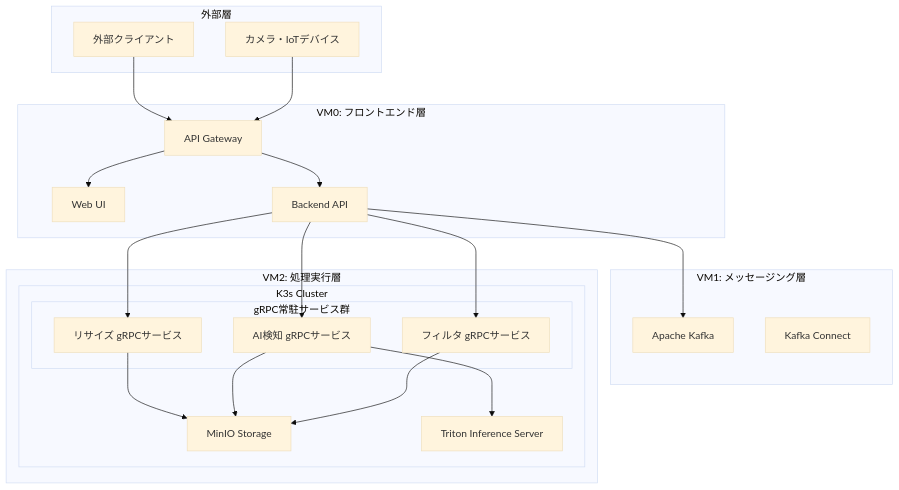
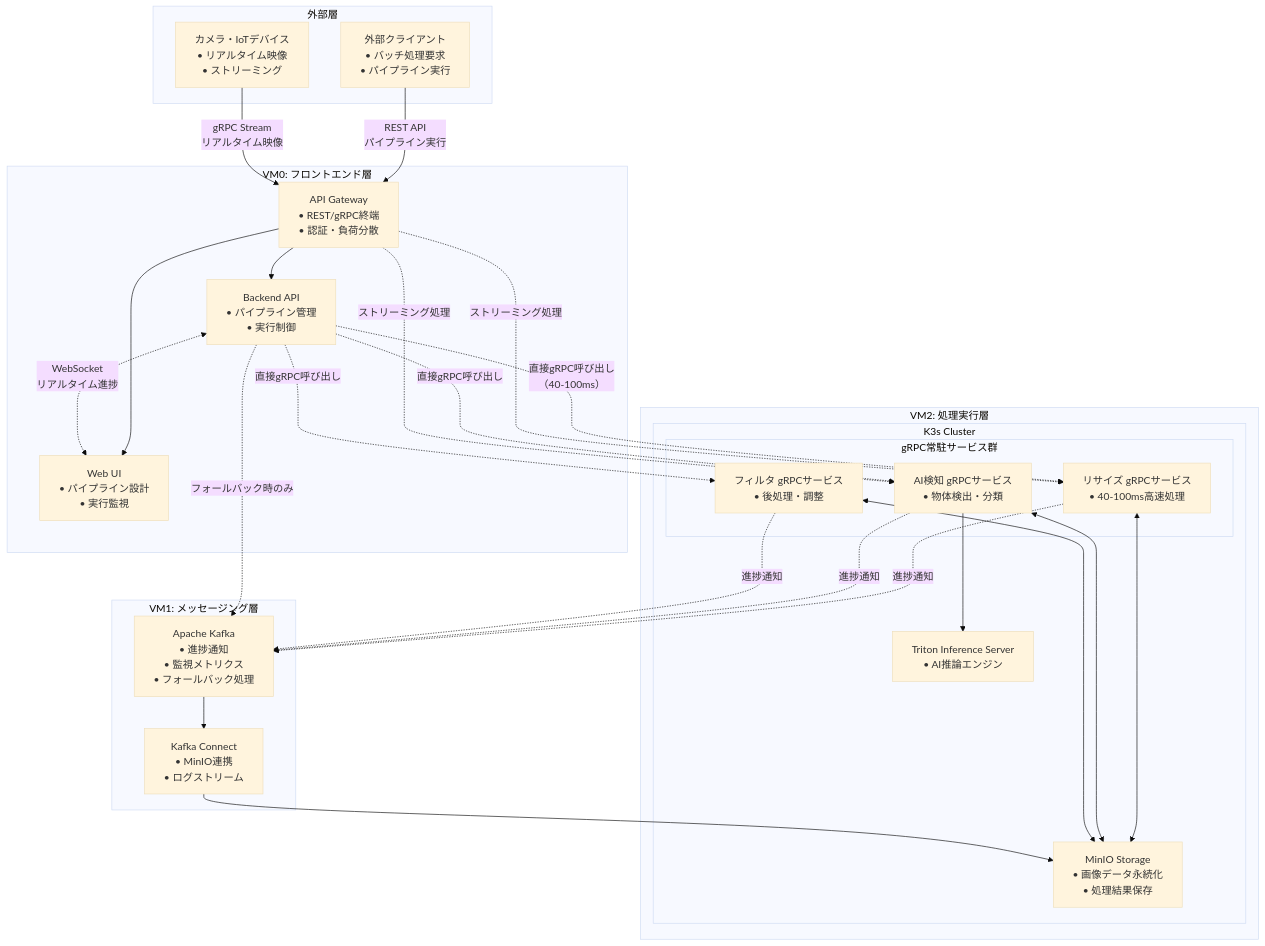
Before and after one commit to daichiTAAA/ImageFlowCanvas: the diagram in docs/0300_設計_アプローチ1/0301_システム基本設計.md, drawn with Mermaid (base theme). The commit also changed other lines of this file and 21 other files, not shown here.

````diff
--- a/docs/0300_設計_アプローチ1/0301_システム基本設計.md
+++ b/docs/0300_設計_アプローチ1/0301_システム基本設計.md
@@ -19,43 +19,58 @@
 ```mermaid
 graph TB
     subgraph "外部層"
-        Client[外部クライアント]
-        Camera[カメラ・IoTデバイス]
+        Client[外部クライアント<br/>• バッチ処理要求<br/>• パイプライン実行]
+        Camera[カメラ・IoTデバイス<br/>• リアルタイム映像<br/>• ストリーミング]
     end
     
     subgraph "VM0: フロントエンド層"
-        Gateway[API Gateway]
-        WebUI[Web UI]
-        Backend[Backend API]
+        Gateway[API Gateway<br/>• REST/gRPC終端<br/>• 認証・負荷分散]
+        WebUI[Web UI<br/>• パイプライン設計<br/>• 実行監視]
+        Backend[Backend API<br/>• パイプライン管理<br/>• 実行制御]
     end
     
     subgraph "VM1: メッセージング層"
-        Kafka[Apache Kafka]
-        Connect[Kafka Connect]
+        Kafka[Apache Kafka<br/>• 進捗通知<br/>• 監視メトリクス<br/>• フォールバック処理]
+        Connect[Kafka Connect<br/>• MinIO連携<br/>• ログストリーム]
     end
     
     subgraph "VM2: 処理実行層"
         subgraph "K3s Cluster"
-            MinIO[MinIO Storage]
+            MinIO[MinIO Storage<br/>• 画像データ永続化<br/>• 処理結果保存]
             subgraph "gRPC常駐サービス群"
-                ResizeService[リサイズ gRPCサービス]
-                AIService[AI検知 gRPCサービス]
-                FilterService[フィルタ gRPCサービス]
+                ResizeService[リサイズ gRPCサービス<br/>• 40-100ms高速処理]
+                AIService[AI検知 gRPCサービス<br/>• 物体検出・分類]
+                FilterService[フィルタ gRPCサービス<br/>• 後処理・調整]
             end
-            TritonServer[Triton Inference Server]
+            TritonServer[Triton Inference Server<br/>• AI推論エンジン]
         end
     end
     
-    Client --> Gateway
-    Camera --> Gateway
+    %% バッチ処理フロー（メイン）
+    Client -->|REST API<br/>パイプライン実行| Gateway
     Gateway --> Backend
     Gateway --> WebUI
-    Backend --> ResizeService
-    Backend --> AIService
-    Backend --> FilterService
-    Backend --> Kafka
-    ResizeService --> MinIO
-    AIService --> MinIO
-    FilterService --> MinIO
+    Backend -.->|直接gRPC呼び出し<br/>（40-100ms）| ResizeService
+    Backend -.->|直接gRPC呼び出し| AIService
+    Backend -.->|直接gRPC呼び出し| FilterService
+    
+    %% リアルタイム処理フロー
+    Camera -->|gRPC Stream<br/>リアルタイム映像| Gateway
+    Gateway -.->|ストリーミング処理| ResizeService
+    Gateway -.->|ストリーミング処理| AIService
+    
+    %% ストレージアクセス
+    ResizeService <--> MinIO
+    AIService <--> MinIO
+    FilterService <--> MinIO
     AIService --> TritonServer
+    
+    %% 監視・通知（Kafka）
+    Backend -.->|フォールバック時のみ| Kafka
+    ResizeService -.->|進捗通知| Kafka
+    AIService -.->|進捗通知| Kafka
+    FilterService -.->|進捗通知| Kafka
+    Kafka --> Connect
+    Connect --> MinIO
+    Backend <-.->|WebSocket<br/>リアルタイム進捗| WebUI
 ```
````
